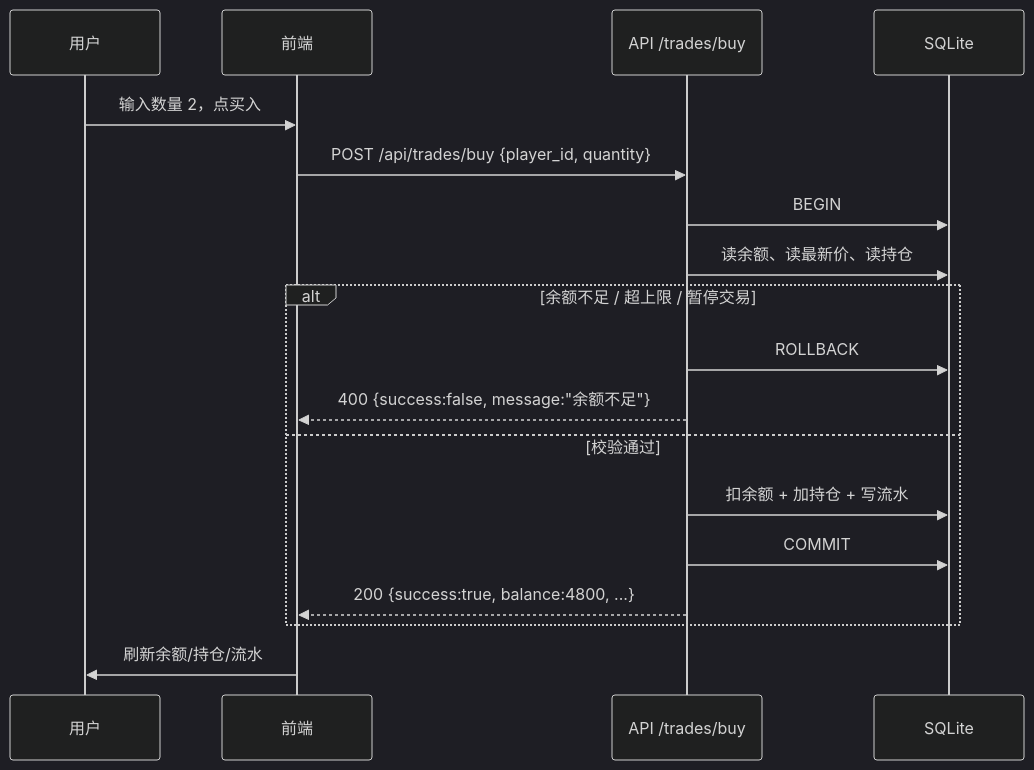
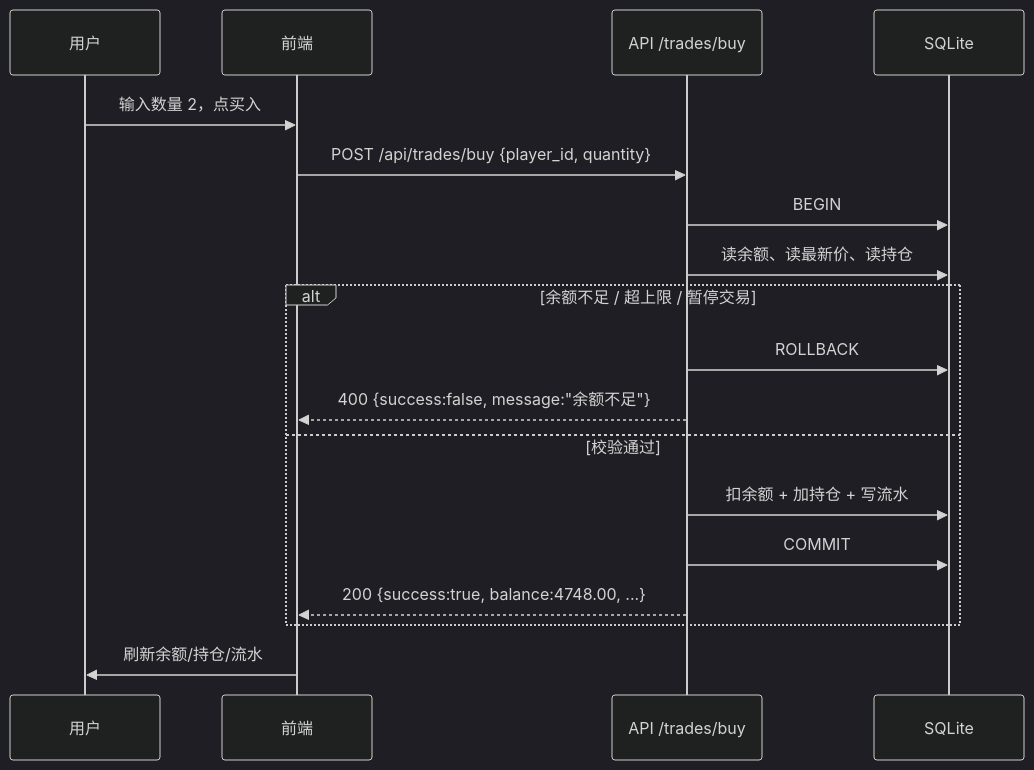
Before and after one commit to July75-bit/Innovation: the second of 4 diagrams in docs/software/architecture.md, drawn with Mermaid (dark theme). The commit also changed other lines of this file and 29 other files, not shown here.

````diff
--- a/docs/software/architecture.md
+++ b/docs/software/architecture.md
@@ -53,21 +53,21 @@
 ```mermaid
 sequenceDiagram
     participant U as 用户
     participant F as 前端
     participant A as API /trades/buy
     participant DB as SQLite
 
     U->>F: 输入数量 2，点买入
     F->>A: POST /api/trades/buy {player_id, quantity}
     A->>DB: BEGIN
     A->>DB: 读余额、读最新价、读持仓
     alt 余额不足 / 超上限 / 暂停交易
         A->>DB: ROLLBACK
         A-->>F: 400 {success:false, message:"余额不足"}
     else 校验通过
         A->>DB: 扣余额 + 加持仓 + 写流水
         A->>DB: COMMIT
-        A-->>F: 200 {success:true, balance:4800, ...}
+        A-->>F: 200 {success:true, balance:4748.00, ...}
     end
     F->>U: 刷新余额/持仓/流水
 ```
````
